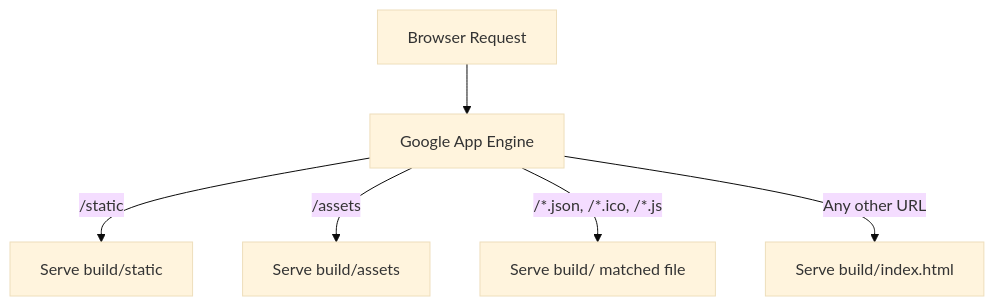
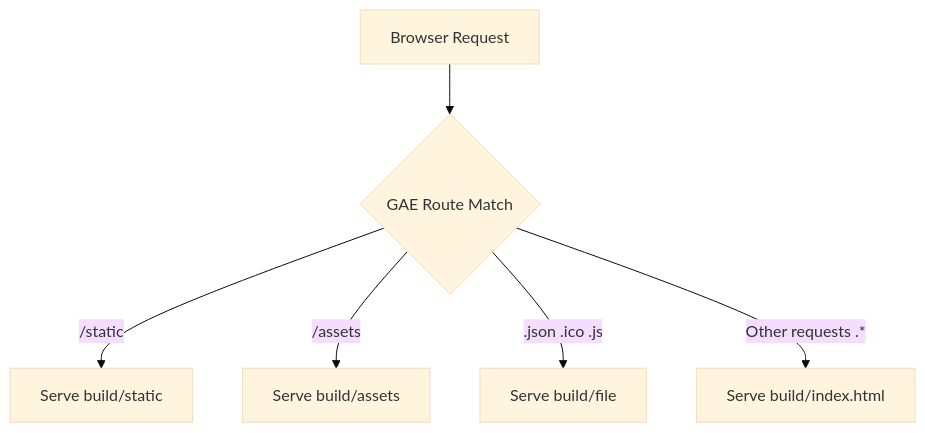
The diagram in docs/app.yaml.md (test-company-prowiz/maxify_frontend), drawn with Mermaid (base theme) before and after one commit. The commit also changed other lines of this file, not shown here.

Commit message:
docs: auto-generated documentation for docs/app.yaml.md

````diff
--- a/docs/app.yaml.md
+++ b/docs/app.yaml.md
@@ -33,8 +33,8 @@
 ```mermaid
 graph TD
-A[Browser Request] --> B[Google App Engine]
-B -- "/static" --> C[Serve build/static]
-B -- "/assets" --> D[Serve build/assets]
-B -- "/*.json, /*.ico, /*.js" --> E[Serve build/ matched file]
-B -- "Any other URL" --> F[Serve build/index.html]
+A[Browser Request] --> B{GAE Route Match};
+B -- /static --> C[Serve build/static];
+B -- /assets --> D[Serve build/assets];
+B -- .json .ico .js --> E[Serve build/file];
+B -- Other requests .* --> F[Serve build/index.html];
 ```
````
